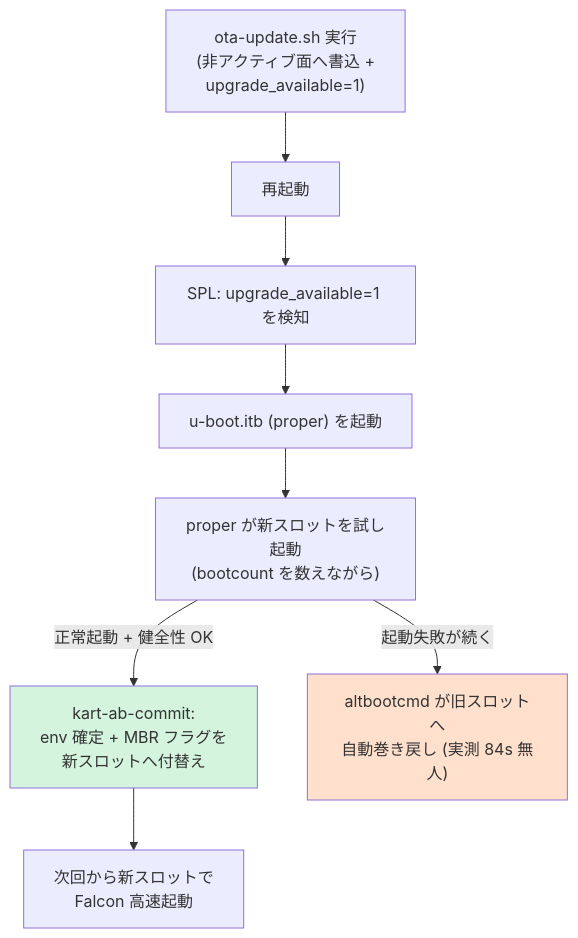
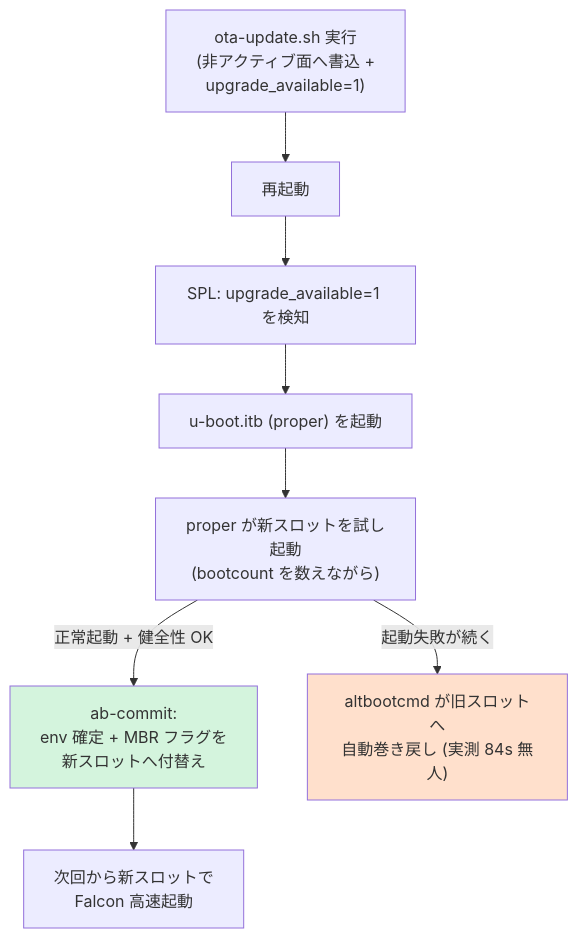
One commit to KART-Software/kmm-yocto changed the sixth of 7 diagrams in docs/imx8mm-xpi-bringup/09-boot-sequence.md. Above: the diagram before and after it, drawn with Mermaid. The commit also changed other lines of this file and 241 other files, not shown here.

````diff
--- a/docs/imx8mm-xpi-bringup/09-boot-sequence.md
+++ b/docs/imx8mm-xpi-bringup/09-boot-sequence.md
@@ -247,13 +247,13 @@
 ```mermaid
 flowchart TD
     OTA["ota-update.sh 実行<br/>(非アクティブ面へ書込 +<br/>upgrade_available=1)"] --> RB["再起動"]
     RB --> SPL2["SPL: upgrade_available=1 を検知"]
     SPL2 --> UB["u-boot.itb (proper) を起動"]
     UB --> TRY["proper が新スロットを試し起動<br/>(bootcount を数えながら)"]
-    TRY -->|"正常起動 + 健全性 OK"| COMMIT["kart-ab-commit:<br/>env 確定 + MBR フラグを<br/>新スロットへ付替え"]
+    TRY -->|"正常起動 + 健全性 OK"| COMMIT["ab-commit:<br/>env 確定 + MBR フラグを<br/>新スロットへ付替え"]
     TRY -->|"起動失敗が続く"| FB["altbootcmd が旧スロットへ<br/>自動巻き戻し (実測 84s 無人)"]
     COMMIT --> NEXT["次回から新スロットで<br/>Falcon 高速起動"]
 
     style COMMIT fill:#d4f4dd
     style FB fill:#ffe0cc
 ```
````
